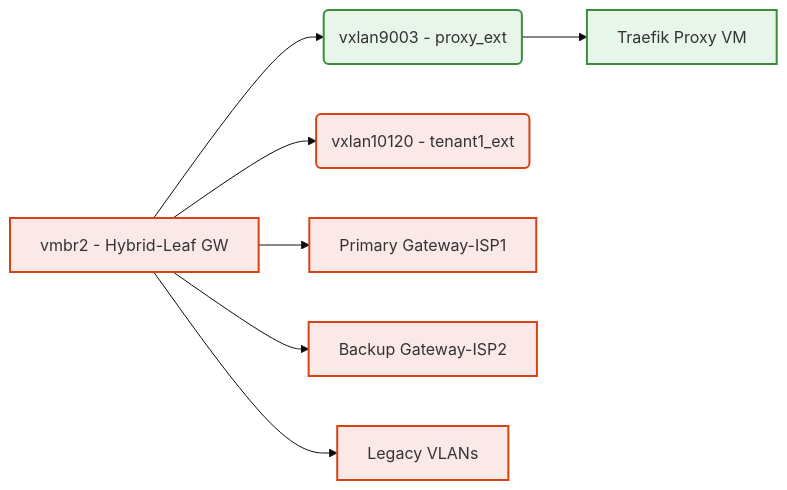
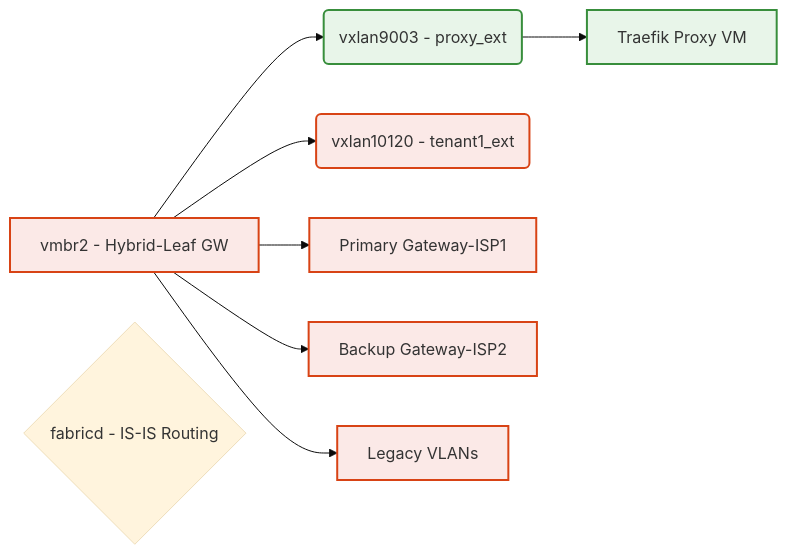
One commit to CEP-Comwell/proxmox_addons changed the fourth of 4 diagrams in README.md. Above: the diagram before and after it, drawn with Mermaid (base theme). The commit also changed other lines of this file and 1 other file, not shown here.

Commit message:
fabricd as decision

````diff
--- a/README.md
+++ b/README.md
@@ -137,22 +139,23 @@
 ```mermaid
 graph LR
 ExtBridge[vmbr2 - Hybrid-Leaf GW]
 VX9003(vxlan9003 - proxy_ext)
 VX10120(vxlan10120 - tenant1_ext)
 Gateway1[Primary Gateway-ISP1]
 Gateway2[Backup Gateway-ISP2]
 LegacyVLAN[Legacy VLANs]
 ProxyVM[Traefik Proxy VM]
+Fabricd{fabricd - IS-IS Routing}
 
 ExtBridge --> VX9003
 ExtBridge --> VX10120
 ExtBridge --> Gateway1
 ExtBridge --> Gateway2
 ExtBridge --> LegacyVLAN
 VX9003 --> ProxyVM
 
 classDef ext fill:#fbe9e7,stroke:#d84315,stroke-width:2px;
 classDef proxy fill:#e8f5e9,stroke:#388e3c,stroke-width:2px;
 class ExtBridge,VX10120,Gateway1,Gateway2,LegacyVLAN ext;
 class VX9003,ProxyVM proxy;
 ```
````
